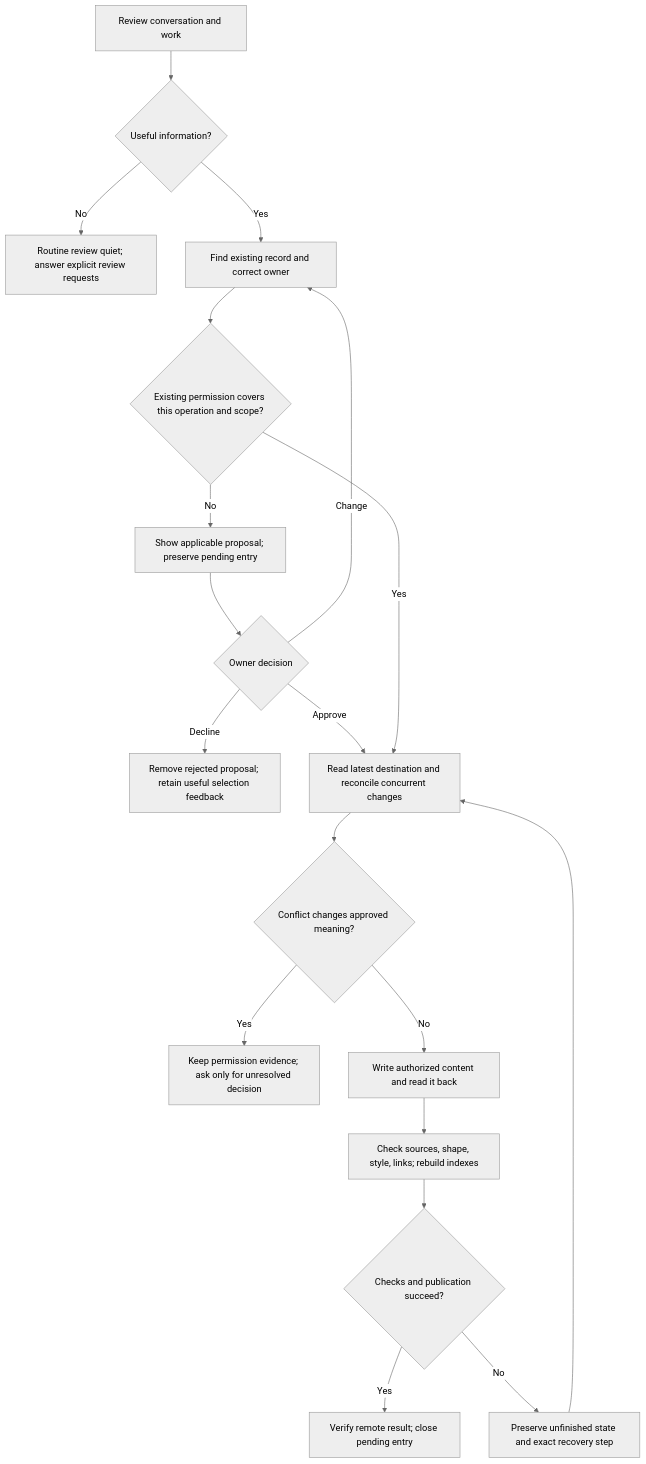
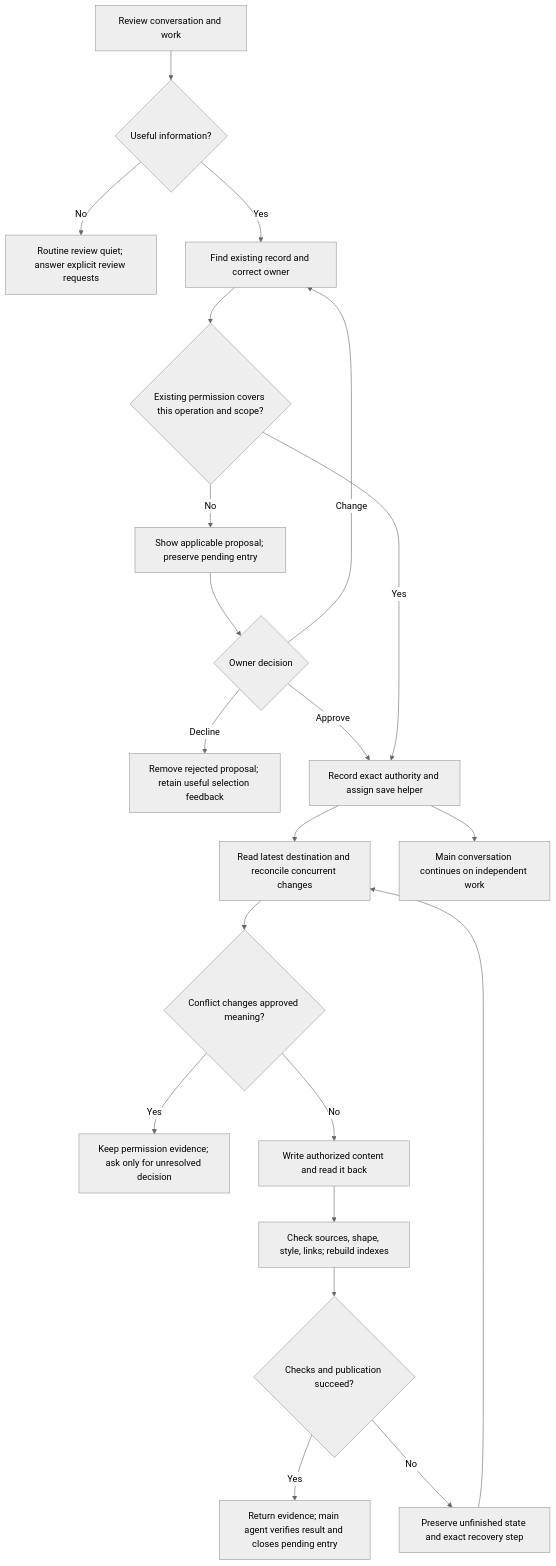
One commit to Mar5929/claude-toolkit changed the second of 3 diagrams in docs/designs/269-knowledge-system.md. Above: the diagram before and after it, drawn with Mermaid (neutral theme). The commit also changed other lines of this file and 1 other file, not shown here.

````diff
--- a/docs/designs/269-knowledge-system.md
+++ b/docs/designs/269-knowledge-system.md
@@ -485,21 +507,24 @@
 ```mermaid
 flowchart TD
   A[Review conversation and work] --> B{Useful information?}
   B -- No --> C[Routine review quiet; answer explicit review requests]
   B -- Yes --> D[Find existing record and correct owner]
   D --> E{Existing permission covers this operation and scope?}
   E -- No --> F[Show applicable proposal; preserve pending entry]
   F --> G{Owner decision}
   G -- Decline --> H[Remove rejected proposal; retain useful selection feedback]
   G -- Change --> D
-  G -- Approve --> I[Read latest destination and reconcile concurrent changes]
-  E -- Yes --> I
+  G -- Approve --> Q
+  I[Read latest destination and reconcile concurrent changes]
+  E -- Yes --> Q[Record exact authority and assign save helper]
+  Q --> I
+  Q --> R[Main conversation continues on independent work]
   I --> J{Conflict changes approved meaning?}
   J -- Yes --> K[Keep permission evidence; ask only for unresolved decision]
   J -- No --> L[Write authorized content and read it back]
   L --> M[Check sources, shape, style, links; rebuild indexes]
   M --> N{Checks and publication succeed?}
-  N -- Yes --> O[Verify remote result; close pending entry]
+  N -- Yes --> O[Return evidence; main agent verifies result and closes pending entry]
   N -- No --> P[Preserve unfinished state and exact recovery step]
   P --> I
 ```
````
